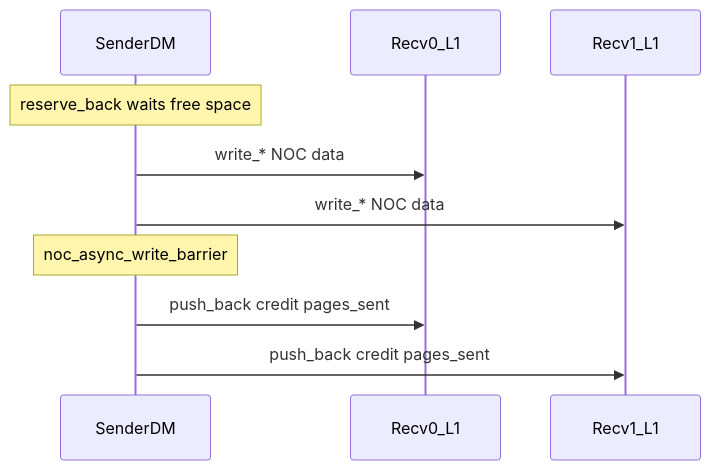
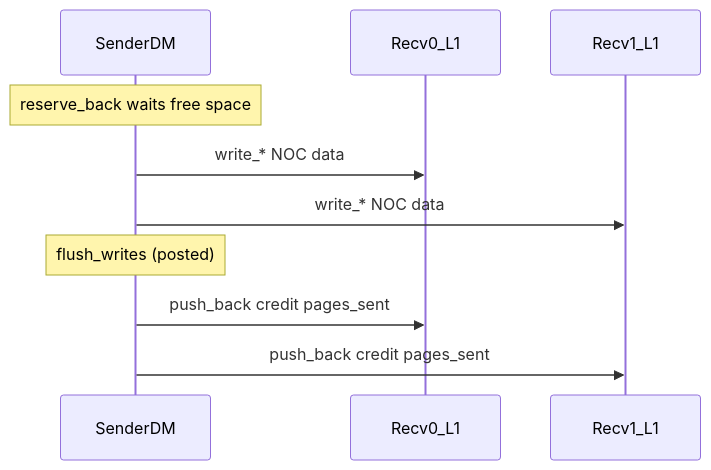
Before and after one commit to tenstorrent/tt-metal: the second of 7 diagrams in .cursor/plans/crossnode_global_dfb_a3b81733.plan.md, drawn with Mermaid. The commit also changed other lines of this file and 17 other files, not shown here.

````diff
--- a/.cursor/plans/crossnode_global_dfb_a3b81733.plan.md
+++ b/.cursor/plans/crossnode_global_dfb_a3b81733.plan.md
@@ -92,12 +92,12 @@
 ```mermaid
 sequenceDiagram
   participant S as SenderDM
   participant R0 as Recv0_L1
   participant R1 as Recv1_L1
   Note over S: reserve_back waits free space
   S->>R0: write_* NOC data
   S->>R1: write_* NOC data
-  Note over S: noc_async_write_barrier
+  Note over S: flush_writes (posted)
   S->>R0: push_back credit pages_sent
   S->>R1: push_back credit pages_sent
 ```
````
